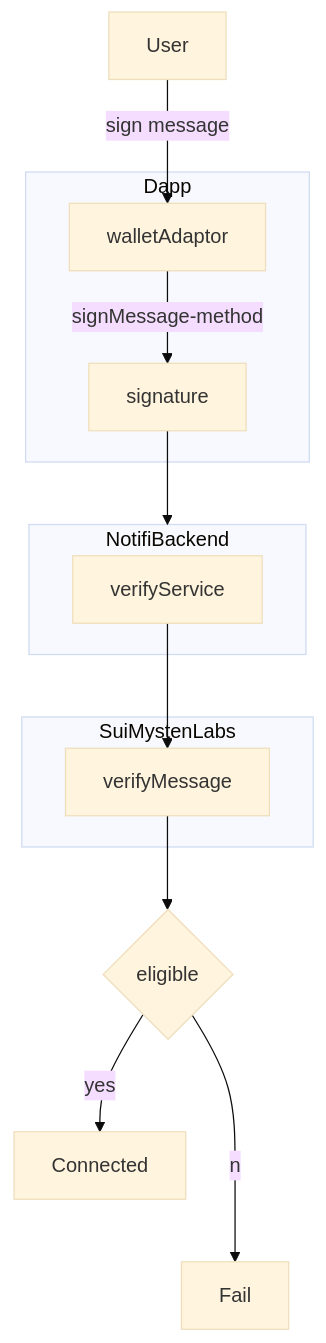
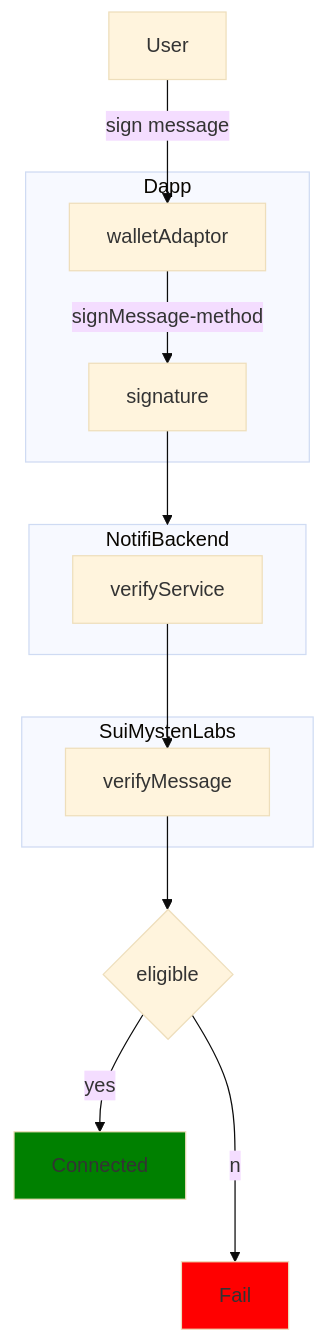
Before and after one commit to happyeric77/colorfullife-docs: the diagram in docs/notifi/sdk-sui.md, drawn with Mermaid (base theme). The commit also changed other lines of this file, not shown here.

````diff
--- a/docs/notifi/sdk-sui.md
+++ b/docs/notifi/sdk-sui.md
@@ -13,20 +15,22 @@
 ```mermaid
 flowchart TD
   User --sign message--> walletAdaptor
   verifyService --> verifyMessage
-  verifyMessage --> check{eligible} --no--> Fail
-  check{eligible} --yes--> Connected
+  verifyMessage --> check{eligible} --no--> Fail:::fail
+  classDef fail fill:red
+  check{eligible} --yes--> Connected:::success
+  classDef success fill:green
 
   signature --> NotifiBackend
   subgraph Dapp
     walletAdaptor --signMessage-method--> signature
   end
 
   subgraph NotifiBackend
     verifyService
   end
 
   subgraph SuiMystenLabs
     verifyMessage
   end
 ```
````
